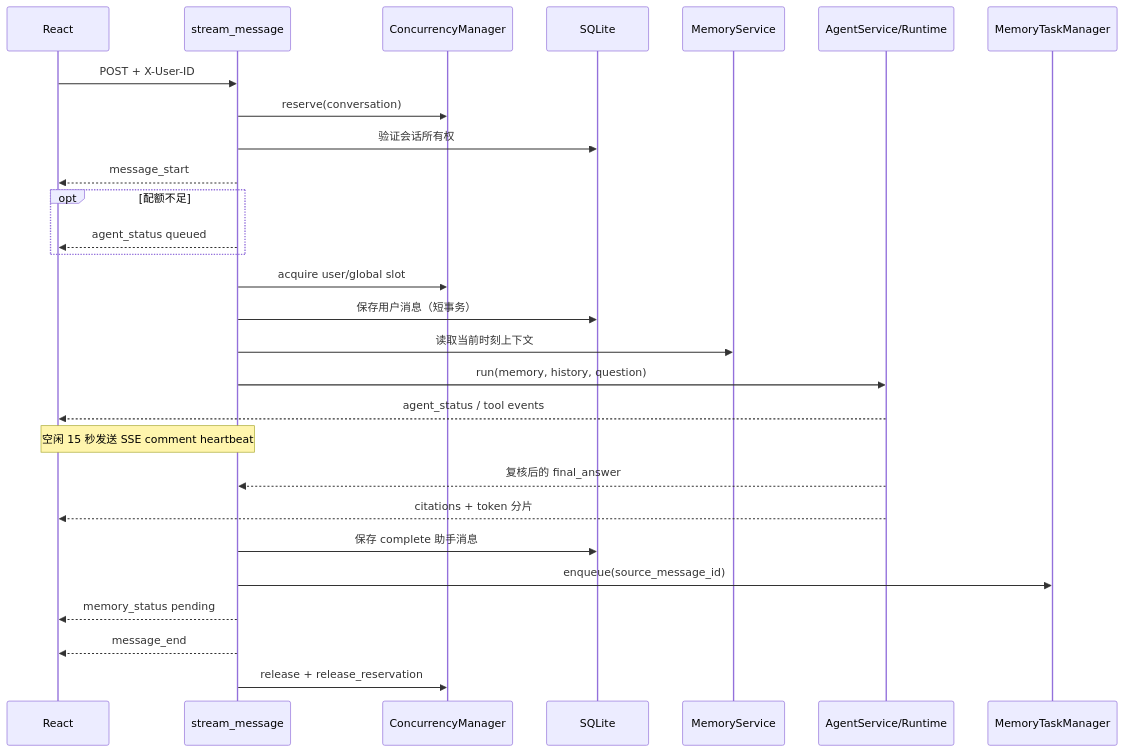
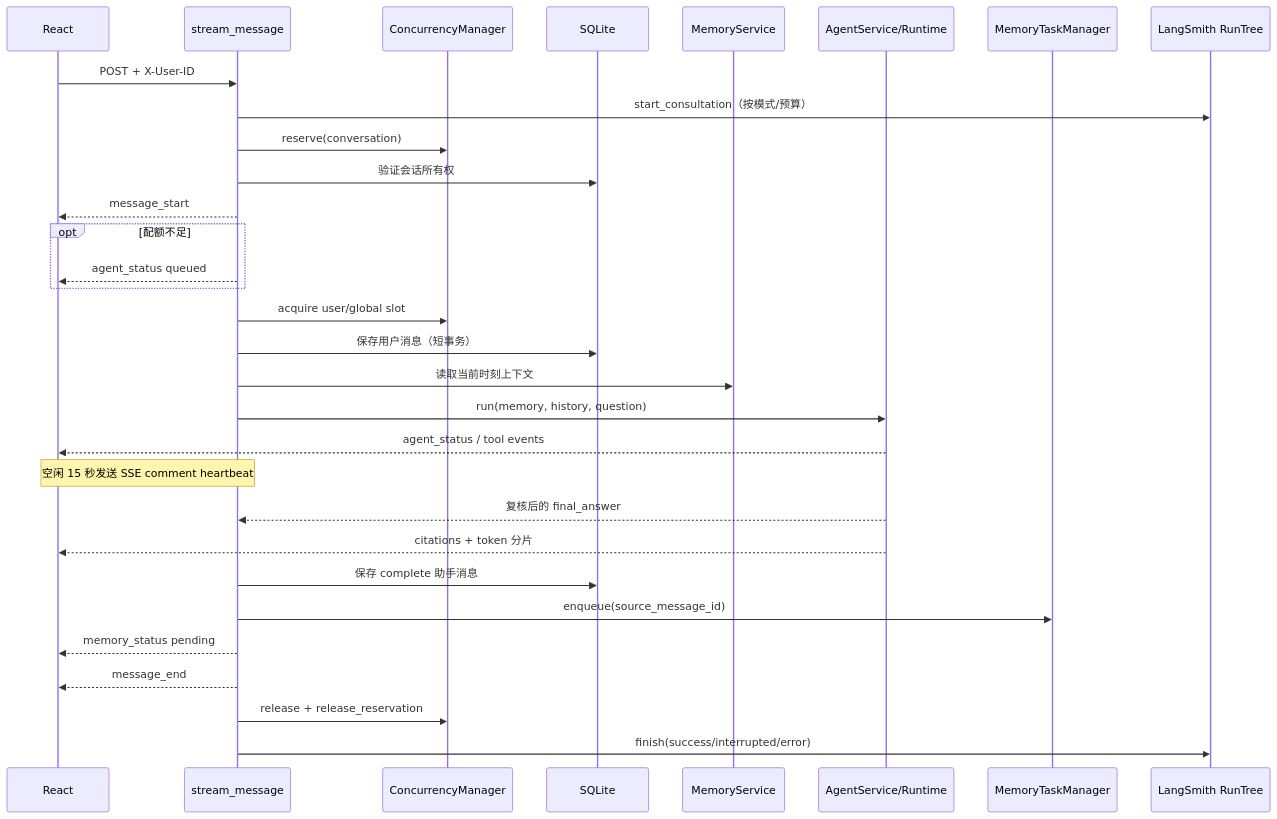
The diagram in resume/api-chat.md (Vinn7/LawStation), drawn with Mermaid before and after one commit. The commit also changed other lines of this file and 28 other files, not shown here.

````diff
--- a/resume/api-chat.md
+++ b/resume/api-chat.md
@@ -33,31 +33,34 @@
 ```mermaid
 sequenceDiagram
     participant UI as React
     participant Route as stream_message
     participant Limit as ConcurrencyManager
     participant DB as SQLite
     participant Memory as MemoryService
     participant Agent as AgentService/Runtime
     participant Job as MemoryTaskManager
+    participant Trace as LangSmith RunTree
 
     UI->>Route: POST + X-User-ID
+    Route->>Trace: start_consultation（按模式/预算）
     Route->>Limit: reserve(conversation)
     Route->>DB: 验证会话所有权
     Route-->>UI: message_start
     opt 配额不足
         Route-->>UI: agent_status queued
     end
     Route->>Limit: acquire user/global slot
     Route->>DB: 保存用户消息（短事务）
     Route->>Memory: 读取当前时刻上下文
     Route->>Agent: run(memory, history, question)
     Agent-->>UI: agent_status / tool events
     Note over Route,UI: 空闲 15 秒发送 SSE comment heartbeat
     Agent-->>Route: 复核后的 final_answer
     Agent-->>UI: citations + token 分片
     Route->>DB: 保存 complete 助手消息
     Route->>Job: enqueue(source_message_id)
     Route-->>UI: memory_status pending
     Route-->>UI: message_end
     Route->>Limit: release + release_reservation
+    Route->>Trace: finish(success/interrupted/error)
 ```
````
